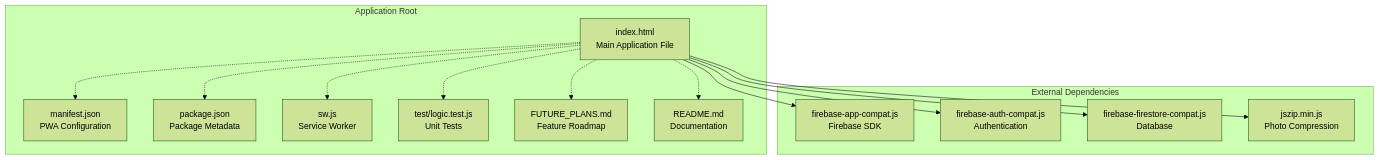
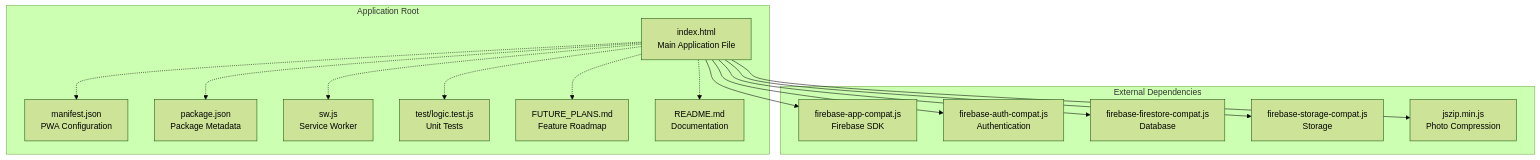
The first of 11 diagrams in .qoder/repowiki/en/content/Technical Architecture/Single-File Application Architecture.md (enga018/newserchhipnorthvc), drawn with Mermaid (forest theme) before and after one commit. The commit also changed other lines of this file and 10 other files, not shown here.

````diff
--- a/.qoder/repowiki/en/content/Technical Architecture/Single-File Application Architecture.md
+++ b/.qoder/repowiki/en/content/Technical Architecture/Single-File Application Architecture.md
@@ -35,28 +45,30 @@
 ```mermaid
 graph TB
 subgraph "Application Root"
 Index[index.html<br/>Main Application File]
 Manifest[manifest.json<br/>PWA Configuration]
 Package[package.json<br/>Package Metadata]
 SW[sw.js<br/>Service Worker]
 Test[test/logic.test.js<br/>Unit Tests]
 Future[FUTURE_PLANS.md<br/>Feature Roadmap]
 Readme[README.md<br/>Documentation]
 end
 subgraph "External Dependencies"
 Firebase[firebase-app-compat.js<br/>Firebase SDK]
 Auth[firebase-auth-compat.js<br/>Authentication]
 Firestore[firebase-firestore-compat.js<br/>Database]
+Storage[firebase-storage-compat.js<br/>Storage]
 Zip[jszip.min.js<br/>Photo Compression]
 end
 Index --> Firebase
 Index --> Auth
 Index --> Firestore
+Index --> Storage
 Index --> Zip
 Index -.-> Manifest
 Index -.-> Package
 Index -.-> SW
 Index -.-> Test
 Index -.-> Future
 Index -.-> Readme
 ```
````
